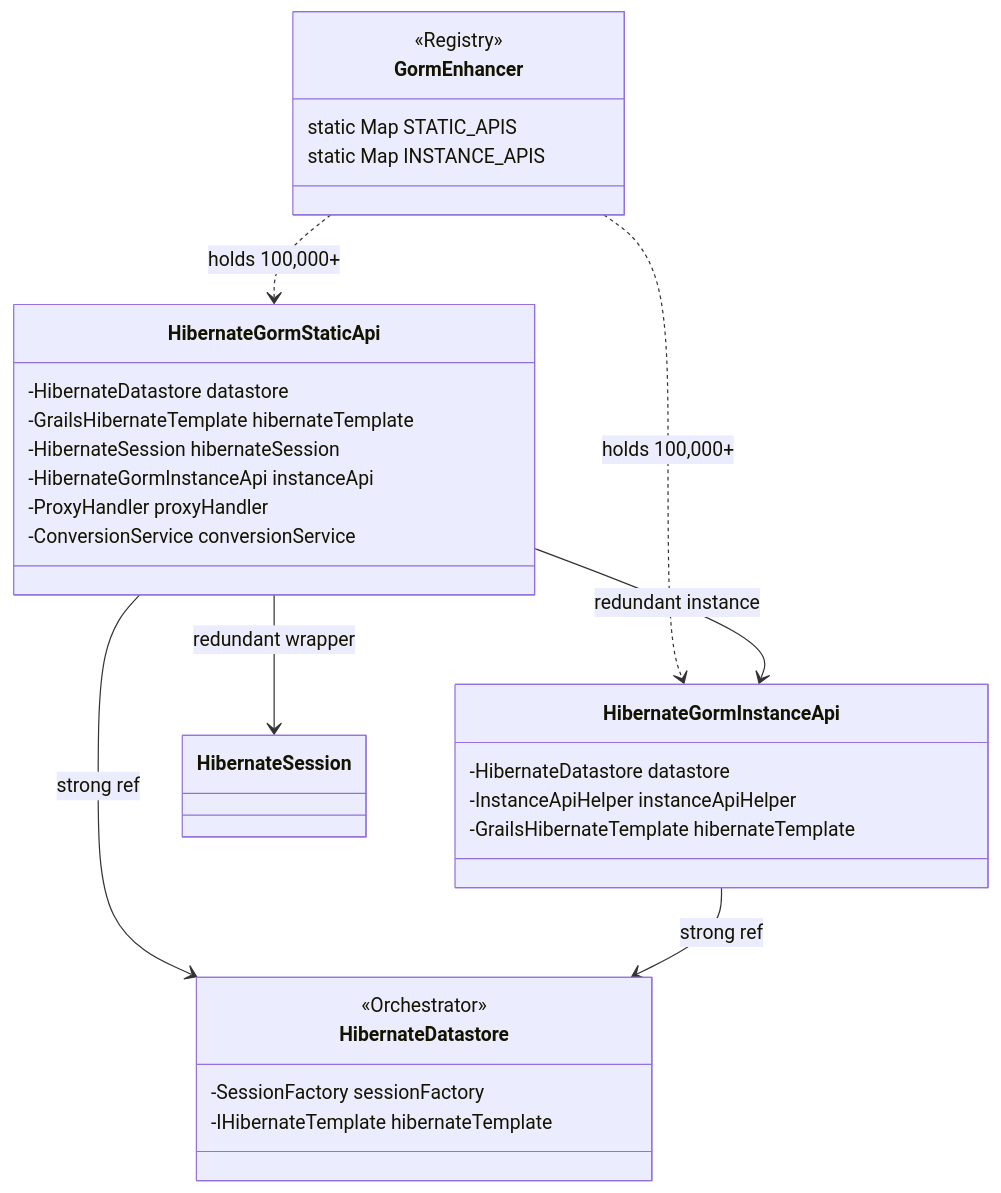
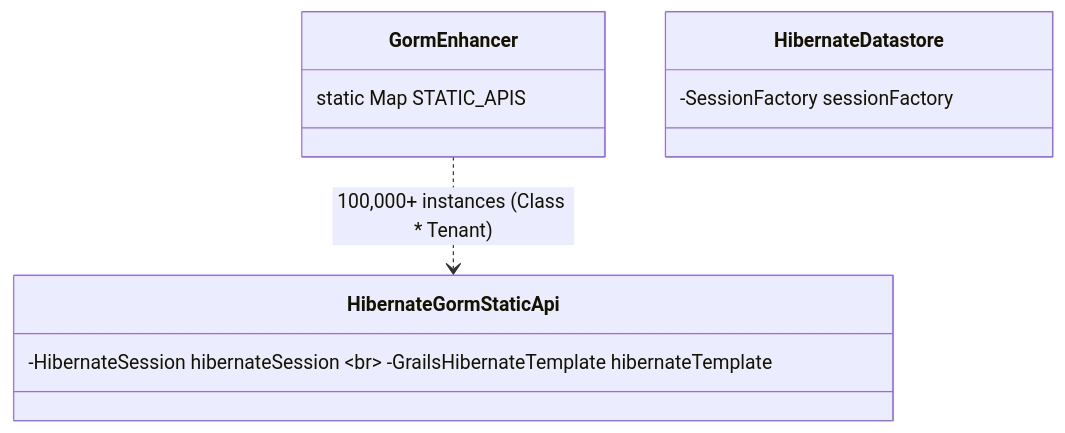
The first of 2 diagrams in grails-data-hibernate7/ISSUES.md (apache/grails-core), drawn with Mermaid before and after one commit. The commit also changed other lines of this file, not shown here.

Commit message:
docs: consolidate GORM scalability analysis and multi-tenancy risk profiles

````diff
--- a/grails-data-hibernate7/ISSUES.md
+++ b/grails-data-hibernate7/ISSUES.md
@@ -55,36 +84,7 @@
 ```mermaid
 classDiagram
-    class GormEnhancer {
-        <<Registry>>
-        static Map STATIC_APIS
-        static Map INSTANCE_APIS
-    }
-
-    class HibernateGormStaticApi {
-        -HibernateDatastore datastore
-        -GrailsHibernateTemplate hibernateTemplate
-        -HibernateSession hibernateSession
-        -HibernateGormInstanceApi instanceApi
-        -ProxyHandler proxyHandler
-        -ConversionService conversionService
-    }
-
-    class HibernateGormInstanceApi {
-        -HibernateDatastore datastore
-        -InstanceApiHelper instanceApiHelper
-        -GrailsHibernateTemplate hibernateTemplate
-    }
-
-    class HibernateDatastore {
-        <<Orchestrator>>
-        -SessionFactory sessionFactory
-        -IHibernateTemplate hibernateTemplate
-    }
-
-    GormEnhancer ..> HibernateGormStaticApi : holds 100,000+
-    GormEnhancer ..> HibernateGormInstanceApi : holds 100,000+
-    HibernateGormStaticApi --> HibernateDatastore : strong ref
-    HibernateGormStaticApi --> HibernateGormInstanceApi : redundant instance
-    HibernateGormStaticApi --> HibernateSession : redundant wrapper
-    HibernateGormInstanceApi --> HibernateDatastore : strong ref
+    class GormEnhancer { static Map STATIC_APIS }
+    class HibernateGormStaticApi { -HibernateSession hibernateSession <br> -GrailsHibernateTemplate hibernateTemplate }
+    class HibernateDatastore { -SessionFactory sessionFactory }
+    GormEnhancer ..> HibernateGormStaticApi : 100,000+ instances (Class * Tenant)
 ```
````
